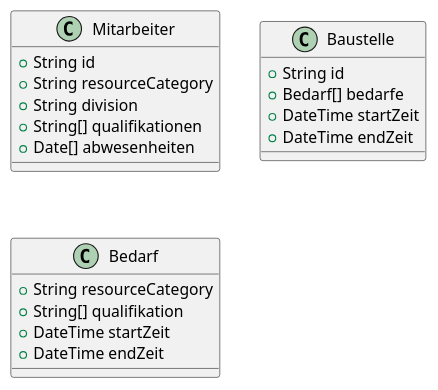
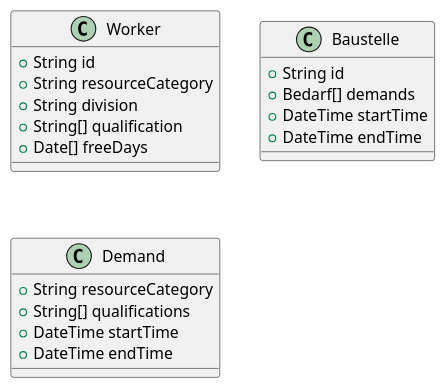
Before and after one commit to OpenRail-Playground/smartDisoma: the diagram in img/problem_domain.puml, drawn with PlantUML.

Commit message:
translate domain model

```diff
--- a/img/problem_domain.puml
+++ b/img/problem_domain.puml
@@ -1,26 +1,26 @@
 @startuml
 'https://plantuml.com/class-diagram
 
-class Mitarbeiter {
+class Worker {
   +String id
   +String resourceCategory
   +String division
-  +String[] qualifikationen
-  +Date[] abwesenheiten
+  +String[] qualification
+  +Date[] freeDays
 }
 
 class Baustelle {
   +String id
-  +Bedarf[] bedarfe
-  +DateTime startZeit
-  +DateTime endZeit
+  +Bedarf[] demands
+  +DateTime startTime
+  +DateTime endTime
 }
 
-class Bedarf {
+class Demand {
   +String resourceCategory
-  +String[] qualifikation
-  +DateTime startZeit
-  +DateTime endZeit
+  +String[] qualifications
+  +DateTime startTime
+  +DateTime endTime
 }
 
 @enduml
```
